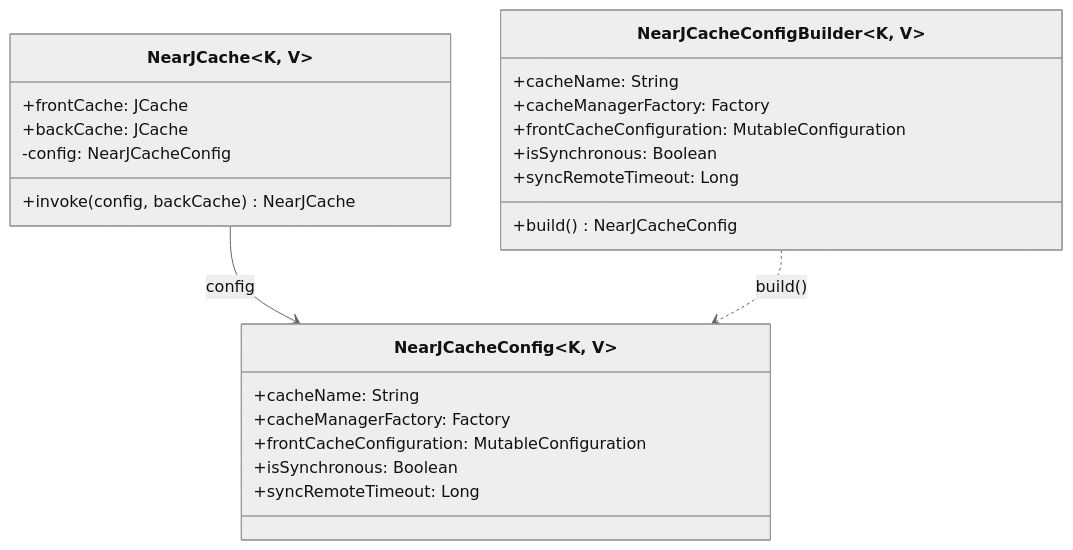
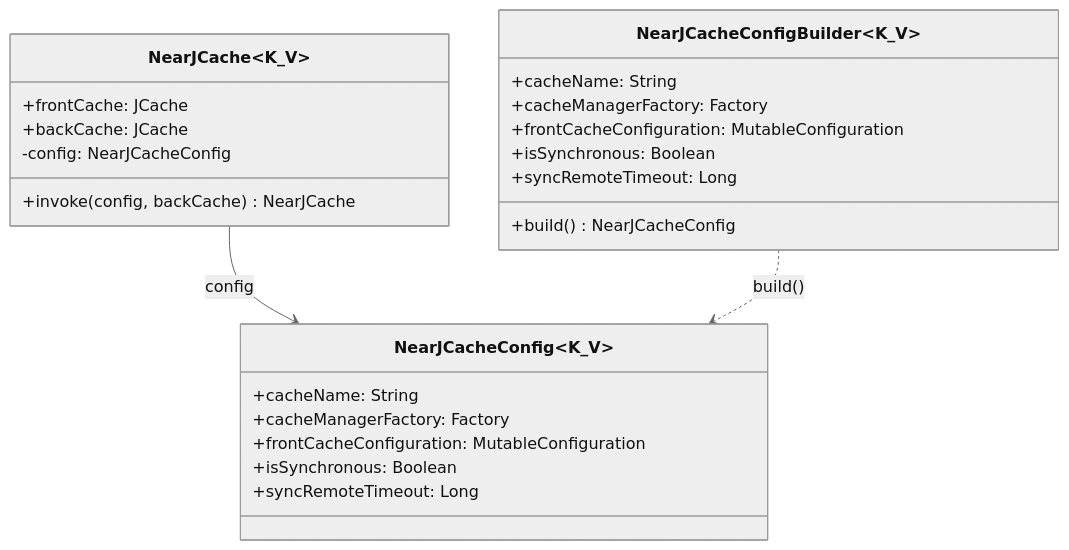
One commit to bluetape4k/bluetape4k-projects changed the sixth of 7 diagrams in infra/cache-core/README.md. Above: the diagram before and after it, drawn with Mermaid (neutral theme). The commit also changed other lines of this file and 95 other files, not shown here.

First line of the commit message:
docs: Mermaid 파서 오류 전체 수정 (IntelliJ IDEA 호환)

````diff
--- a/infra/cache-core/README.md
+++ b/infra/cache-core/README.md
@@ -254,29 +242,29 @@
 ```mermaid
 classDiagram
-    class NearJCache~K, V~ {
+    class NearJCache~K_V~ {
 +frontCache: JCache
 +backCache: JCache
 -config: NearJCacheConfig
         +invoke(config, backCache) NearJCache
     }
 
-class NearJCacheConfig~K, V~ {
+class NearJCacheConfig~K_V~ {
         +cacheName: String
         +cacheManagerFactory: Factory
 +frontCacheConfiguration: MutableConfiguration
         +isSynchronous: Boolean
         +syncRemoteTimeout: Long
     }
 
-class NearJCacheConfigBuilder~K, V~ {
+class NearJCacheConfigBuilder~K_V~ {
         +cacheName: String
         +cacheManagerFactory: Factory
 +frontCacheConfiguration: MutableConfiguration
         +isSynchronous: Boolean
         +syncRemoteTimeout: Long
         +build() NearJCacheConfig
     }
 
     NearJCache --> NearJCacheConfig: config
     NearJCacheConfigBuilder ..> NearJCacheConfig: build()
 ```
````
